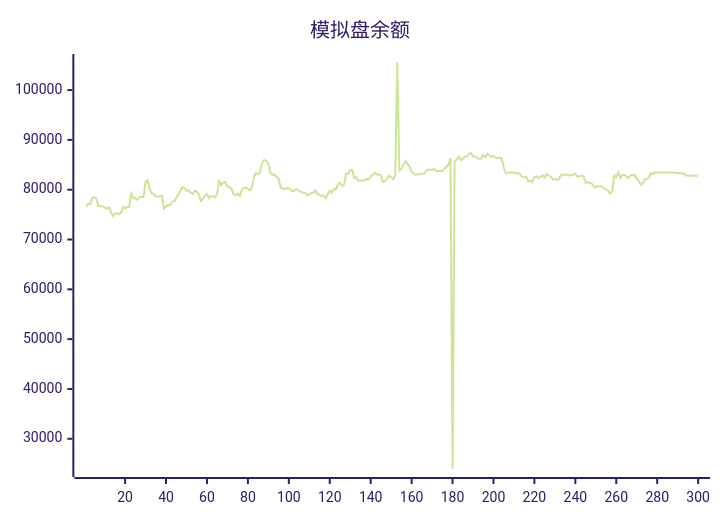
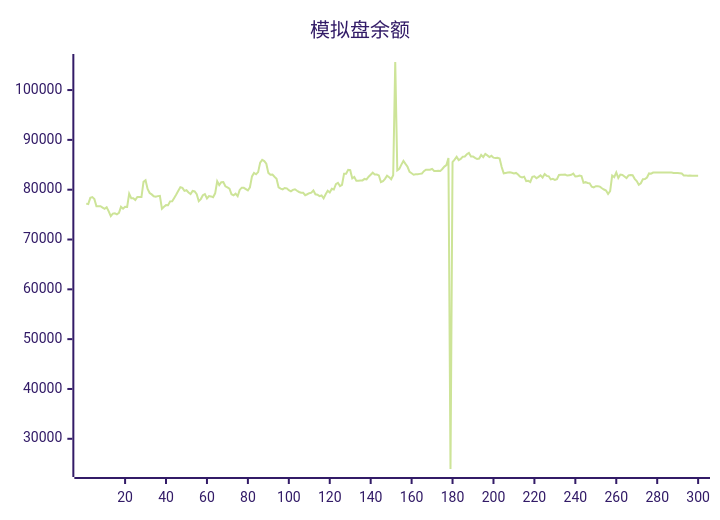
Before and after one commit to aahl/ai-trading: the diagram in README.md, drawn with Mermaid (forest theme). The commit also changed other lines of this file and 1 other file, not shown here.

````diff
--- a/README.md
+++ b/README.md
@@ -5,5 +5,5 @@
 ```mermaid
 xychart
     title "模拟盘余额"
-    line [76554,77202,77103,78357,78510,78106,76678,76677,76672,76411,76159,76485,75656,74695,75197,75246,75052,75334,76564,76179,76553,76551,79196,78300,78300,77944,78531,78531,78521,81564,81884,80160,79335,79055,78675,78580,78708,78764,76179,76586,76902,76876,77658,77669,78346,79023,79769,80497,80366,79761,79896,79448,79126,79749,79658,79097,77695,78114,78888,79126,78249,78738,78653,78478,79271,81680,80923,81488,81527,80681,80455,80190,79084,78879,79193,78686,79954,80403,80374,80118,79848,80491,82665,83351,83098,83525,85430,85983,85737,85221,83378,83014,83043,82613,82216,80477,80208,80081,80348,80277,79894,79670,79965,80093,79786,79542,79406,79371,78893,79087,79304,79406,79841,79072,78978,78696,78846,78272,79085,79787,79442,80198,80031,81120,81379,80718,80985,83214,83212,83993,83921,82270,82547,81776,81776,81866,81866,82158,82061,82596,83000,83408,83041,83050,82858,81503,81691,82188,82812,82517,82092,82901,105633,83898,84180,85030,85781,85178,84604,83569,83298,83008,83093,83107,83175,83228,83729,84025,84017,84019,84177,83775,83762,83785,83738,84160,84639,84939,86370,23934,85548,86046,86599,85942,86161,86622,86664,87115,87369,86666,86685,86384,86152,86243,86969,86548,87164,86885,86566,86809,86427,86348,86417,86273,84538,83299,83369,83430,83490,83404,83270,83362,83056,82605,82459,82614,81734,81788,81551,82598,82702,82320,82580,82878,82426,83139,82778,82686,82056,82166,81963,82110,82951,82983,82984,83038,82838,82915,82998,83235,82642,82682,82858,82746,81396,81512,81362,81277,80600,80461,80699,80673,80616,80288,80038,79836,79142,79722,82837,82533,83480,82366,83032,82960,82654,82330,82883,82934,82901,82188,81728,81005,81298,82110,82135,82449,83264,83203,83440,83439,83440,83440,83446,83447,83448,83447,83448,83449,83369,83369,83369,83313,83256,82872,82873,82801,82844,82785,82791,82791]
+    line [77202,77103,78357,78510,78106,76678,76677,76672,76411,76159,76485,75656,74695,75197,75246,75052,75334,76564,76179,76553,76551,79196,78300,78300,77944,78531,78531,78521,81564,81884,80160,79335,79055,78675,78580,78708,78764,76179,76586,76902,76876,77658,77669,78346,79023,79769,80497,80366,79761,79896,79448,79126,79749,79658,79097,77695,78114,78888,79126,78249,78738,78653,78478,79271,81680,80923,81488,81527,80681,80455,80190,79084,78879,79193,78686,79954,80403,80374,80118,79848,80491,82665,83351,83098,83525,85430,85983,85737,85221,83378,83014,83043,82613,82216,80477,80208,80081,80348,80277,79894,79670,79965,80093,79786,79542,79406,79371,78893,79087,79304,79406,79841,79072,78978,78696,78846,78272,79085,79787,79442,80198,80031,81120,81379,80718,80985,83214,83212,83993,83921,82270,82547,81776,81776,81866,81866,82158,82061,82596,83000,83408,83041,83050,82858,81503,81691,82188,82812,82517,82092,82901,105633,83898,84180,85030,85781,85178,84604,83569,83298,83008,83093,83107,83175,83228,83729,84025,84017,84019,84177,83775,83762,83785,83738,84160,84639,84939,86370,23934,85548,86046,86599,85942,86161,86622,86664,87115,87369,86666,86685,86384,86152,86243,86969,86548,87164,86885,86566,86809,86427,86348,86417,86273,84538,83299,83369,83430,83490,83404,83270,83362,83056,82605,82459,82614,81734,81788,81551,82598,82702,82320,82580,82878,82426,83139,82778,82686,82056,82166,81963,82110,82951,82983,82984,83038,82838,82915,82998,83235,82642,82682,82858,82746,81396,81512,81362,81277,80600,80461,80699,80673,80616,80288,80038,79836,79142,79722,82837,82533,83480,82366,83032,82960,82654,82330,82883,82934,82901,82188,81728,81005,81298,82110,82135,82449,83264,83203,83440,83439,83440,83440,83446,83447,83448,83447,83448,83449,83369,83369,83369,83313,83256,82872,82873,82801,82844,82785,82791,82791,82793]
 ```
````
